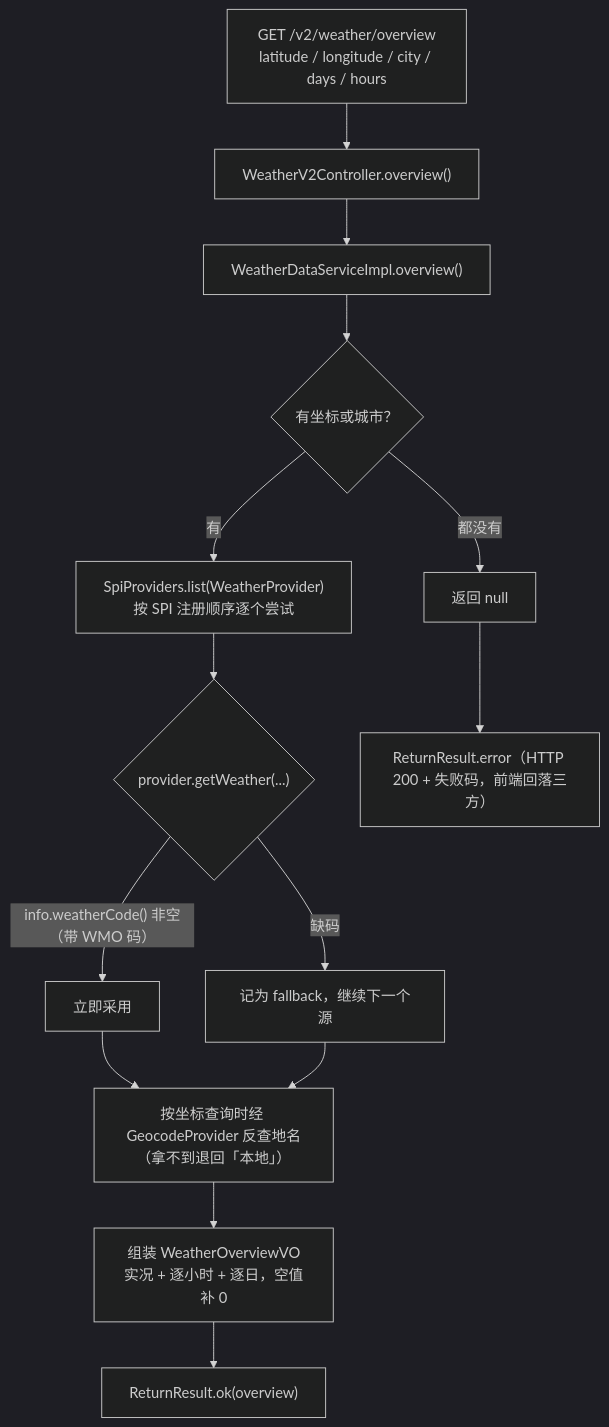
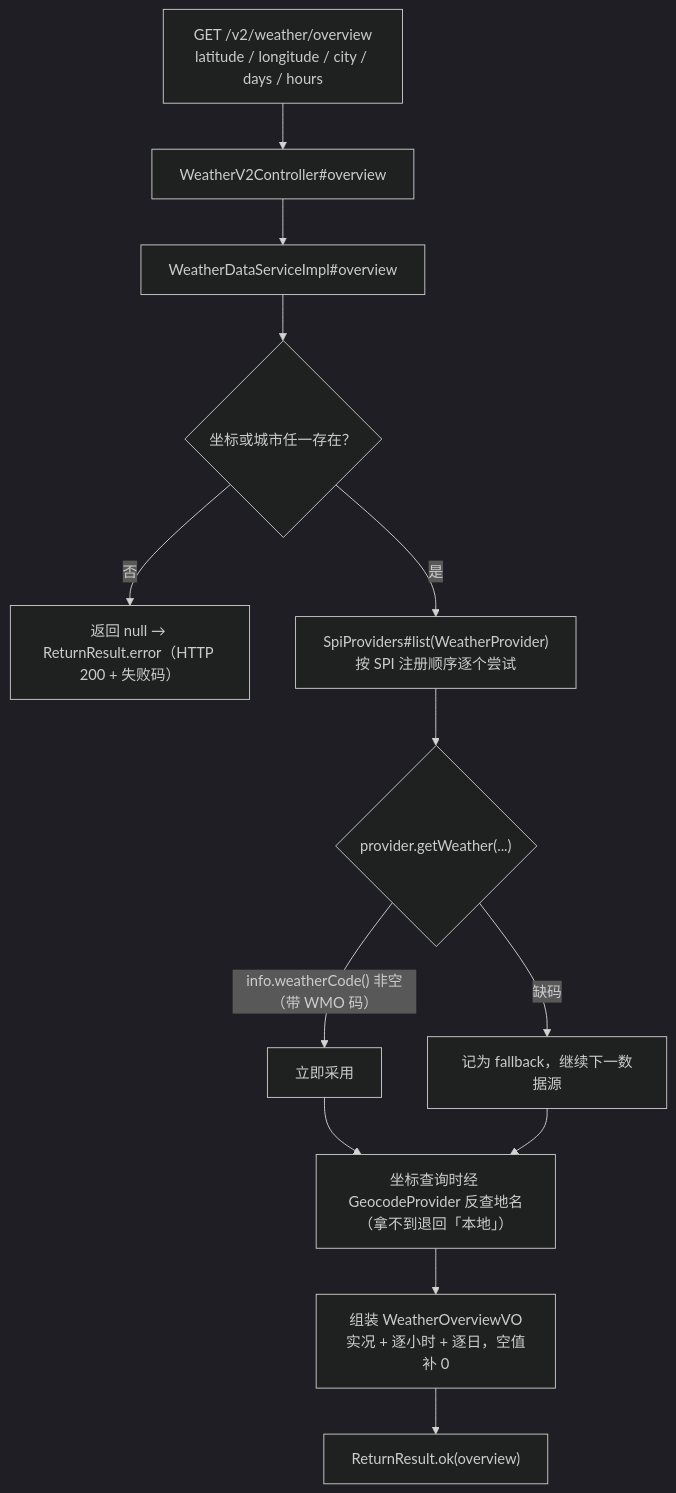
One commit to CHTK001/spring-support-parent-starter changed the second of 2 diagrams in spring-support-datasearch-starter/README.md. Above: the diagram before and after it, drawn with Mermaid (dark theme). The commit also changed other lines of this file and 54 other files, not shown here.

````diff
--- a/spring-support-datasearch-starter/README.md
+++ b/spring-support-datasearch-starter/README.md
@@ -101,16 +37,15 @@
 ```mermaid
 flowchart TB
-    R["GET /v2/weather/overview<br/>latitude / longitude / city / days / hours"] --> C["WeatherV2Controller.overview()"]
-    C --> S["WeatherDataServiceImpl.overview()"]
-    S --> P{"有坐标或城市？"}
-    P -->|都没有| N["返回 null"]
-    P -->|有| L["SpiProviders.list(WeatherProvider)<br/>按 SPI 注册顺序逐个尝试"]
+    R["GET /v2/weather/overview<br/>latitude / longitude / city / days / hours"] --> C["WeatherV2Controller#overview"]
+    C --> S["WeatherDataServiceImpl#overview"]
+    S --> P{"坐标或城市任一存在？"}
+    P -->|否| NULL["返回 null → ReturnResult.error（HTTP 200 + 失败码）"]
+    P -->|是| L["SpiProviders#list(WeatherProvider)<br/>按 SPI 注册顺序逐个尝试"]
     L --> LOOP{"provider.getWeather(...)"}
     LOOP -->|"info.weatherCode() 非空（带 WMO 码）"| OK["立即采用"]
-    LOOP -->|缺码| FB["记为 fallback，继续下一个源"]
-    OK --> G["按坐标查询时经 GeocodeProvider 反查地名<br/>（拿不到退回「本地」）"]
+    LOOP -->|"缺码"| FB["记为 fallback，继续下一数据源"]
+    OK --> G["坐标查询时经 GeocodeProvider 反查地名<br/>（拿不到退回「本地」）"]
     FB --> G
     G --> V["组装 WeatherOverviewVO<br/>实况 + 逐小时 + 逐日，空值补 0"]
     V --> RET["ReturnResult.ok(overview)"]
-    N --> ERR["ReturnResult.error（HTTP 200 + 失败码，前端回落三方）"]
 ```
````
